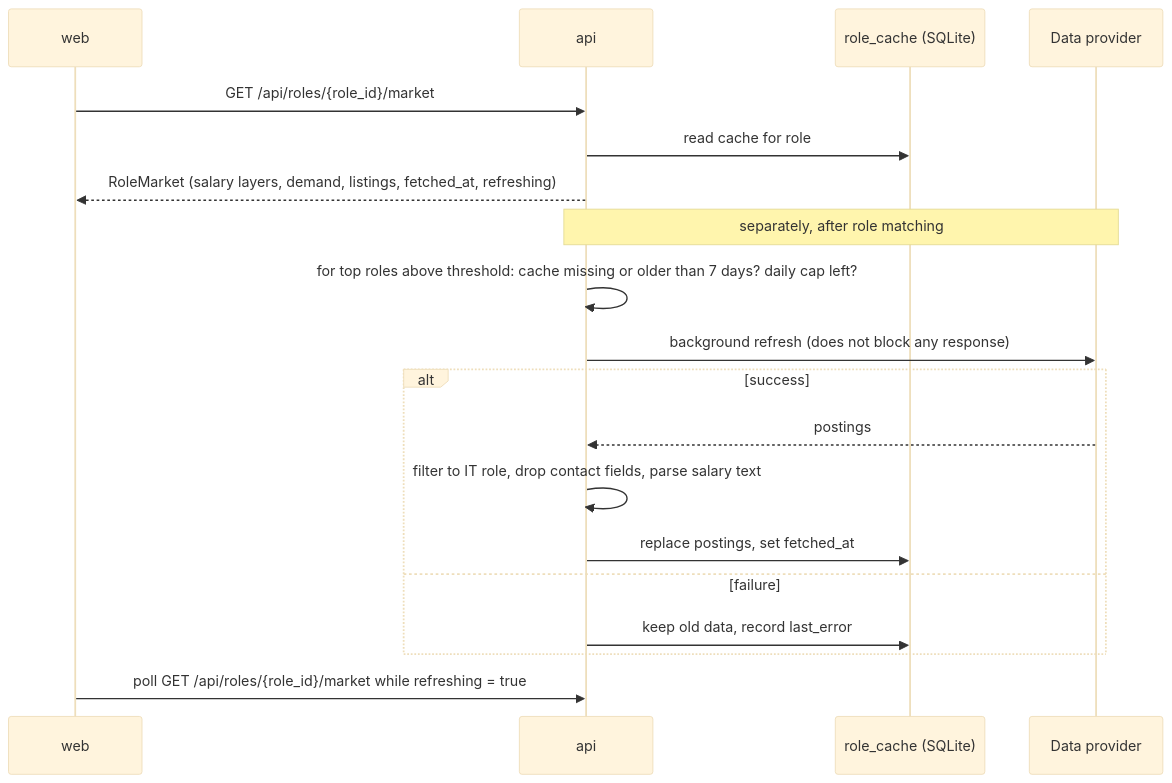
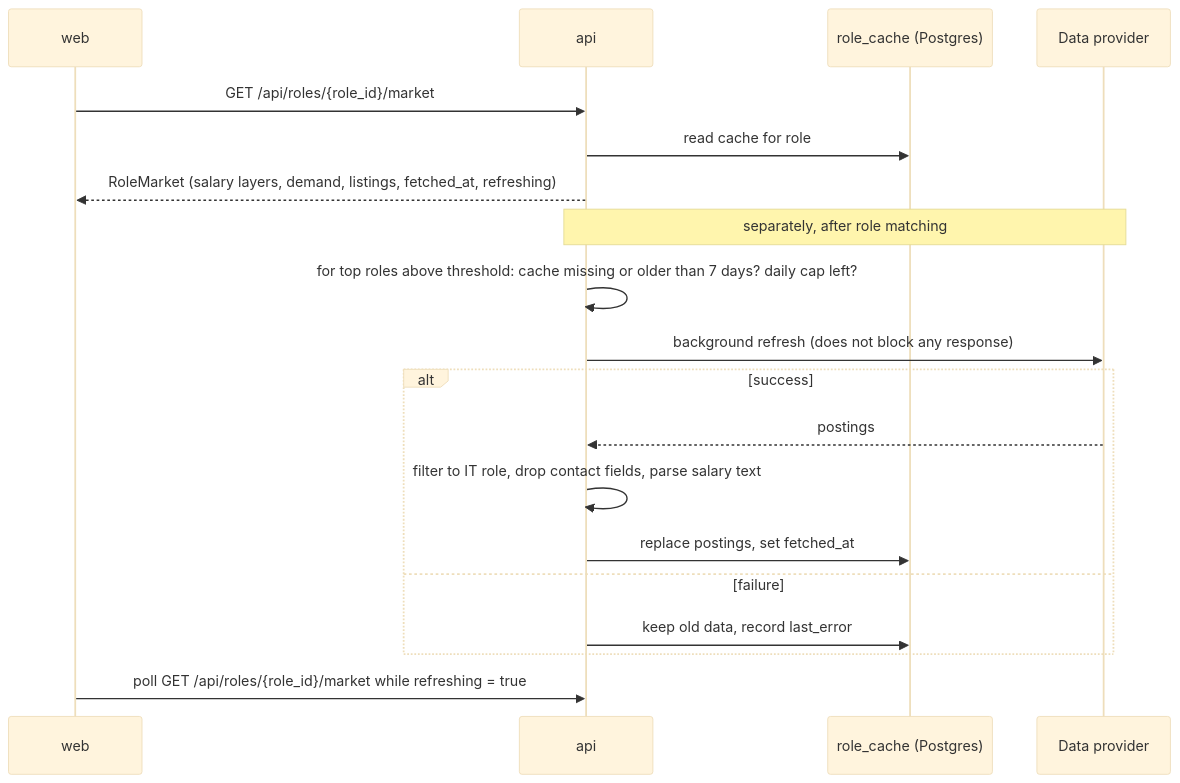
Before and after one commit to sakda1306/Advanced-Topic-in-Computer-Software-Course-Career-Mirror: the fourth of 5 diagrams in docs/Design.md, drawn with Mermaid (base theme). The commit also changed other lines of this file and 4 other files, not shown here.

````diff
--- a/docs/Design.md
+++ b/docs/Design.md
@@ -176,21 +185,21 @@
 ```mermaid
 sequenceDiagram
   participant W as web
   participant A as api
-  participant C as role_cache (SQLite)
+  participant C as role_cache (Postgres)
   participant P as Data provider
   W->>A: GET /api/roles/{role_id}/market
   A->>C: read cache for role
   A-->>W: RoleMarket (salary layers, demand, listings, fetched_at, refreshing)
   Note over A,P: separately, after role matching
   A->>A: for top roles above threshold: cache missing or older than 7 days? daily cap left?
   A->>P: background refresh (does not block any response)
   alt success
     P-->>A: postings
     A->>A: filter to IT role, drop contact fields, parse salary text
     A->>C: replace postings, set fetched_at
   else failure
     A->>C: keep old data, record last_error
   end
   W->>A: poll GET /api/roles/{role_id}/market while refreshing = true
 ```
````
